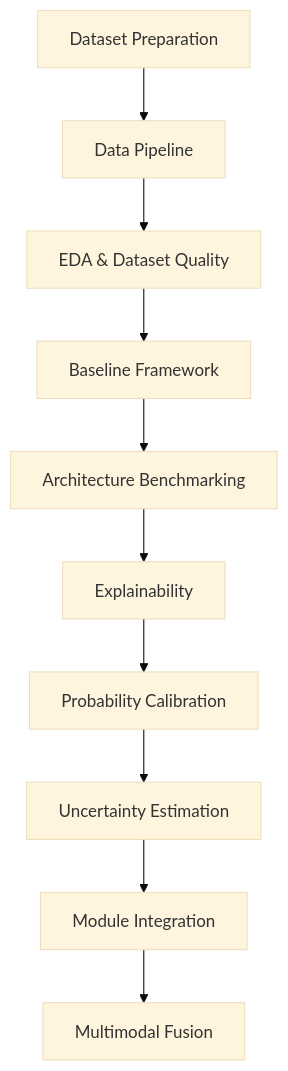
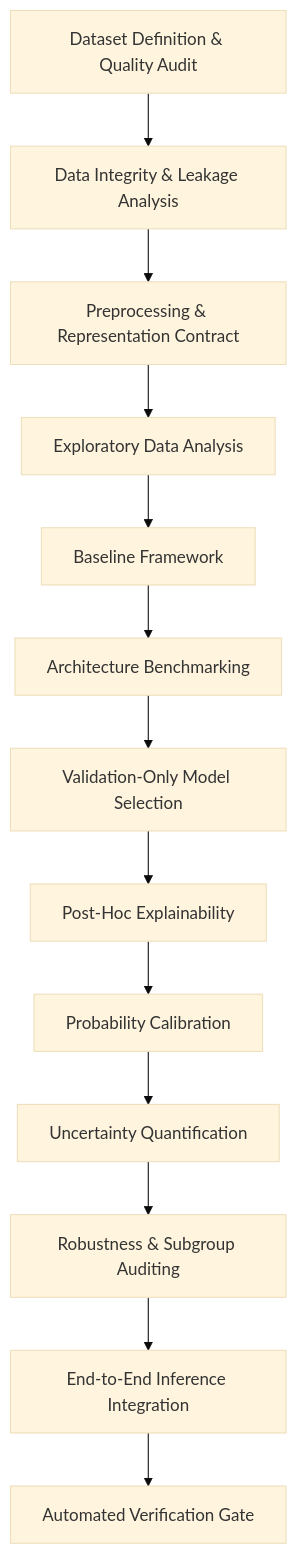
The second of 3 diagrams in README.md (Dr-Venom29/FusionMedAI), drawn with Mermaid (base theme) before and after one commit. The commit also changed other lines of this file and 19 other files, not shown here.

Commit message:
feat(clinical): complete integration and end-to-end validation

````diff
--- a/README.md
+++ b/README.md
@@ -332,12 +100,15 @@
 ```mermaid
 flowchart TD
-    A[Dataset Preparation] --> B[Data Pipeline]
-    B --> C[EDA & Dataset Quality]
-    C --> D[Baseline Framework]
-    D --> E[Architecture Benchmarking]
-    E --> F[Explainability]
-    F --> G[Probability Calibration]
-    G --> H[Uncertainty Estimation]
-    H --> I[Module Integration]
-    I --> J[Multimodal Fusion]
+    A["Dataset Definition & Quality Audit"] --> B["Data Integrity & Leakage Analysis"]
+    B --> C["Preprocessing & Representation Contract"]
+    C --> D["Exploratory Data Analysis"]
+    D --> E["Baseline Framework"]
+    E --> F["Architecture Benchmarking"]
+    F --> G["Validation-Only Model Selection"]
+    G --> H["Post-Hoc Explainability"]
+    H --> I["Probability Calibration"]
+    I --> J["Uncertainty Quantification"]
+    J --> K["Robustness & Subgroup Auditing"]
+    K --> L["End-to-End Inference Integration"]
+    L --> M["Automated Verification Gate"]
 ```
````
